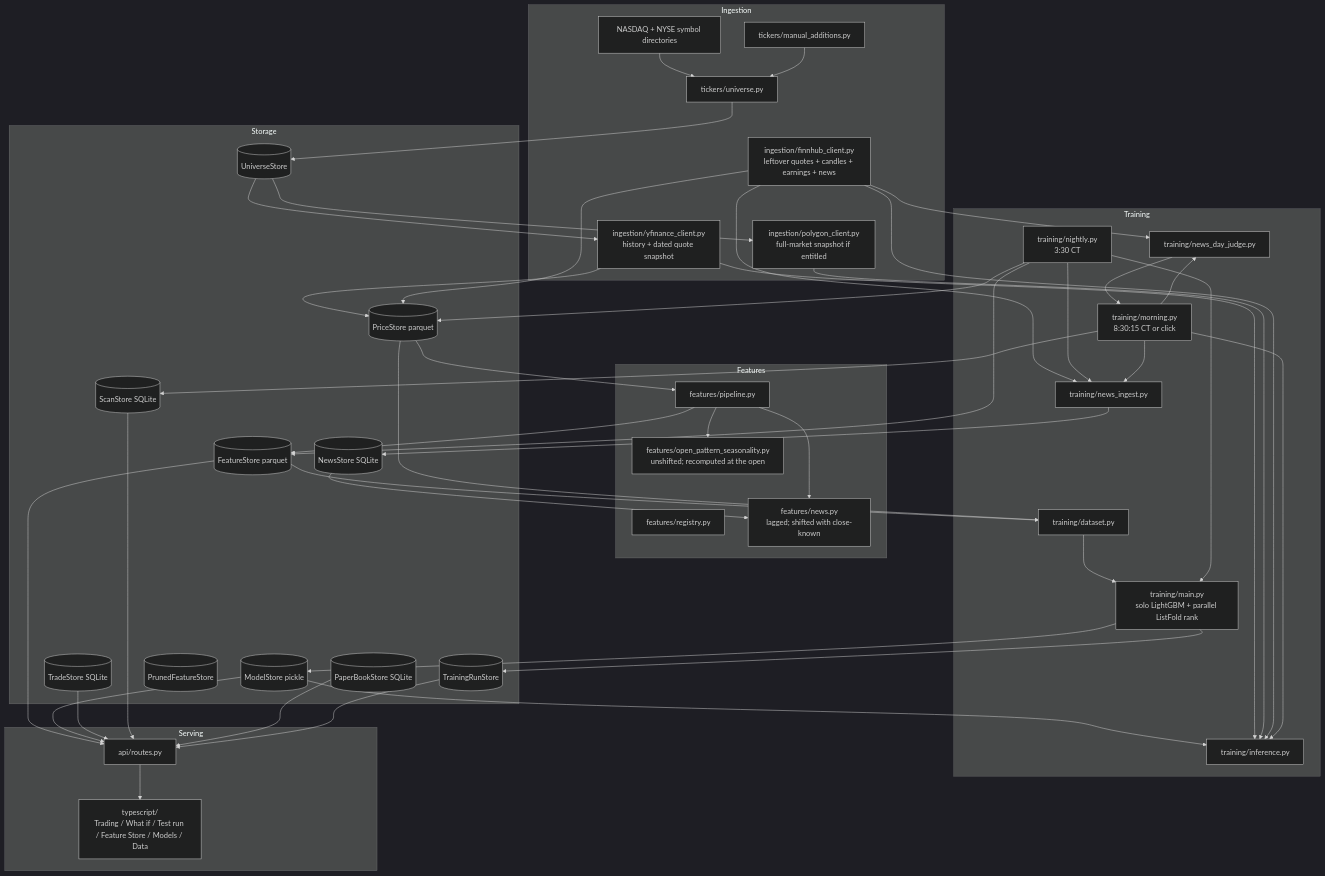
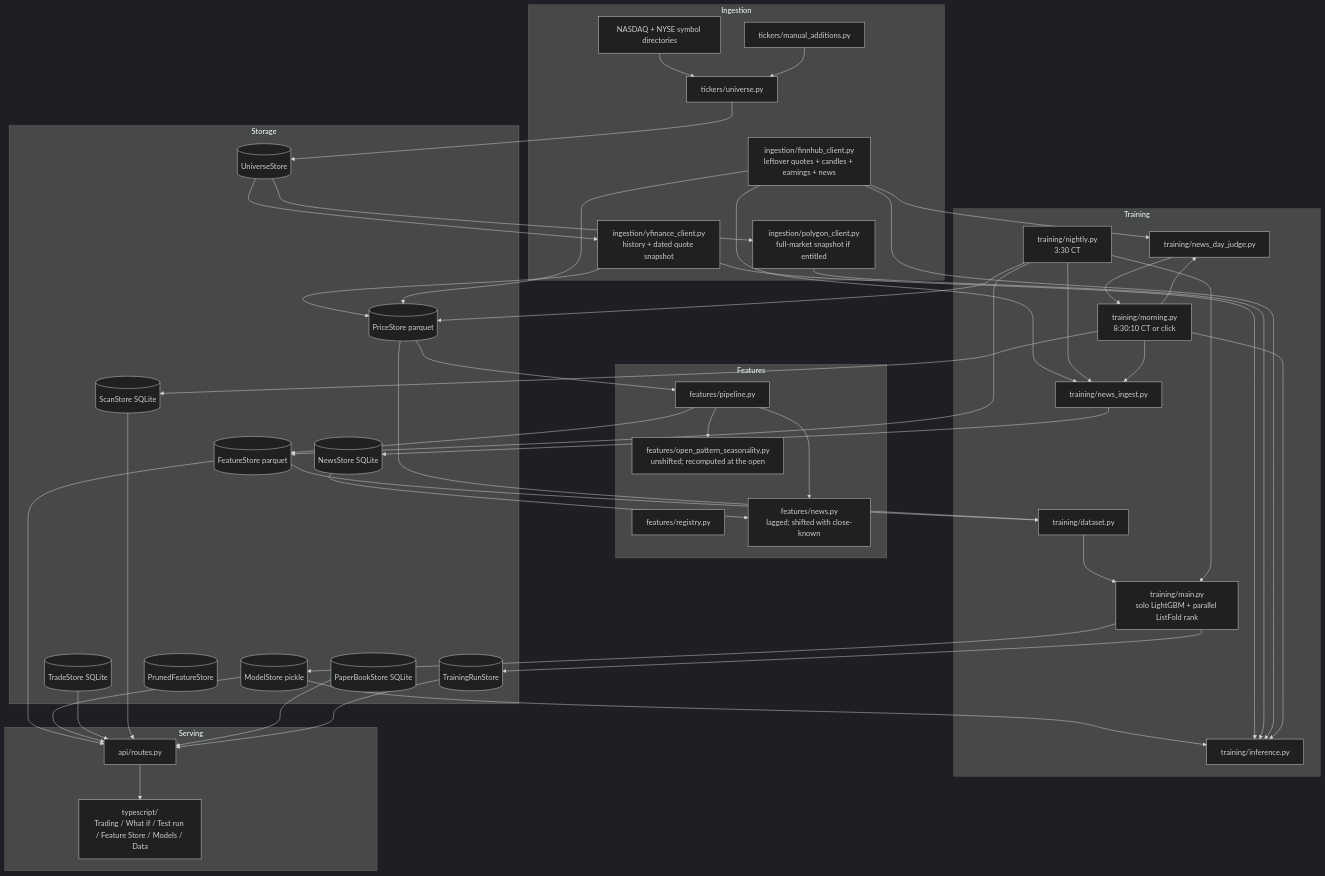
Before and after one commit to fartzy/stock-picker: the diagram in README.md, drawn with Mermaid (dark theme). The commit also changed other lines of this file and 10 other files, not shown here.

```diff
--- a/README.md
+++ b/README.md
@@ -61,7 +61,7 @@
         TRAIN["training/main.py<br/>solo LightGBM + parallel ListFold rank"]
         INFER["training/inference.py"]
         NIGHT["training/nightly.py<br/>3:30 CT"]
-        MORN["training/morning.py<br/>8:30:15 CT or click"]
+        MORN["training/morning.py<br/>8:30:10 CT or click"]
         NEWS["training/news_day_judge.py"]
         INGEST["training/news_ingest.py"]
     end
```
